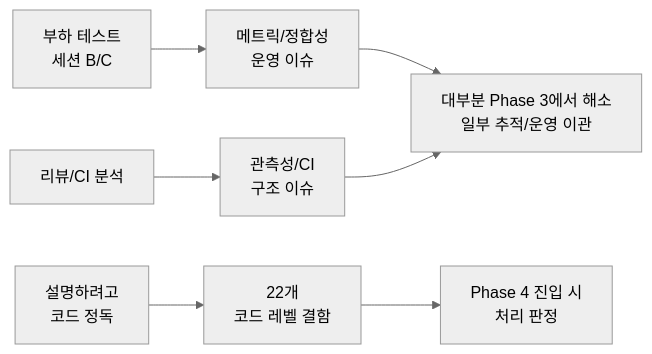
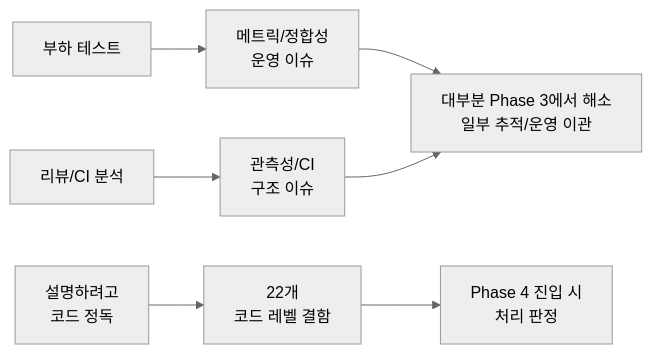
The first of 4 diagrams in src/content/blog/peekcart-18-phase4-debt-checklist.md (Kimgyuilli/blog), drawn with Mermaid (neutral theme) before and after one commit. The commit also changed other lines of this file and 19 other files, not shown here.

````diff
--- a/src/content/blog/peekcart-18-phase4-debt-checklist.md
+++ b/src/content/blog/peekcart-18-phase4-debt-checklist.md
@@ -83,10 +85,10 @@
 ```mermaid
 flowchart LR
-    LT["부하 테스트<br/>세션 B/C"] --> DD["메트릭/정합성<br/>운영 이슈"]
+    LT["부하 테스트"] --> DD["메트릭/정합성<br/>운영 이슈"]
     RV["리뷰/CI 분석"] --> DR["관측성/CI<br/>구조 이슈"]
     WR["설명하려고<br/>코드 정독"] --> LL["22개<br/>코드 레벨 결함"]
 
     DD --> FIX["대부분 Phase 3에서 해소<br/>일부 추적/운영 이관"]
     DR --> FIX
     LL --> HOLD["Phase 4 진입 시<br/>처리 판정"]
 ```
````
